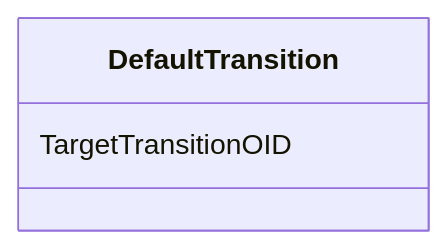
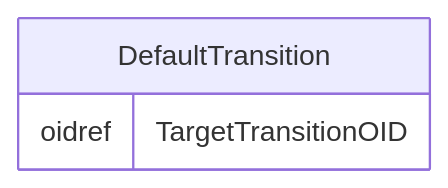
The diagram in docs/DefaultTransition.md (cdisc-org/DataExchange-ODM-LinkML), drawn with Mermaid before and after one commit. The commit also changed other lines of this file and 181 other files, not shown here.

Commit message:
ER diagrams working via templates and removing names with underscores

````diff
--- a/docs/DefaultTransition.md
+++ b/docs/DefaultTransition.md
@@ -14,7 +11,9 @@
 ```mermaid
- classDiagram
-    class DefaultTransition
-      DefaultTransition : TargetTransitionOID
-        
-      
+erDiagram
+DefaultTransition {
+    oidref TargetTransitionOID  
+}
+
+
+
 ```
````
